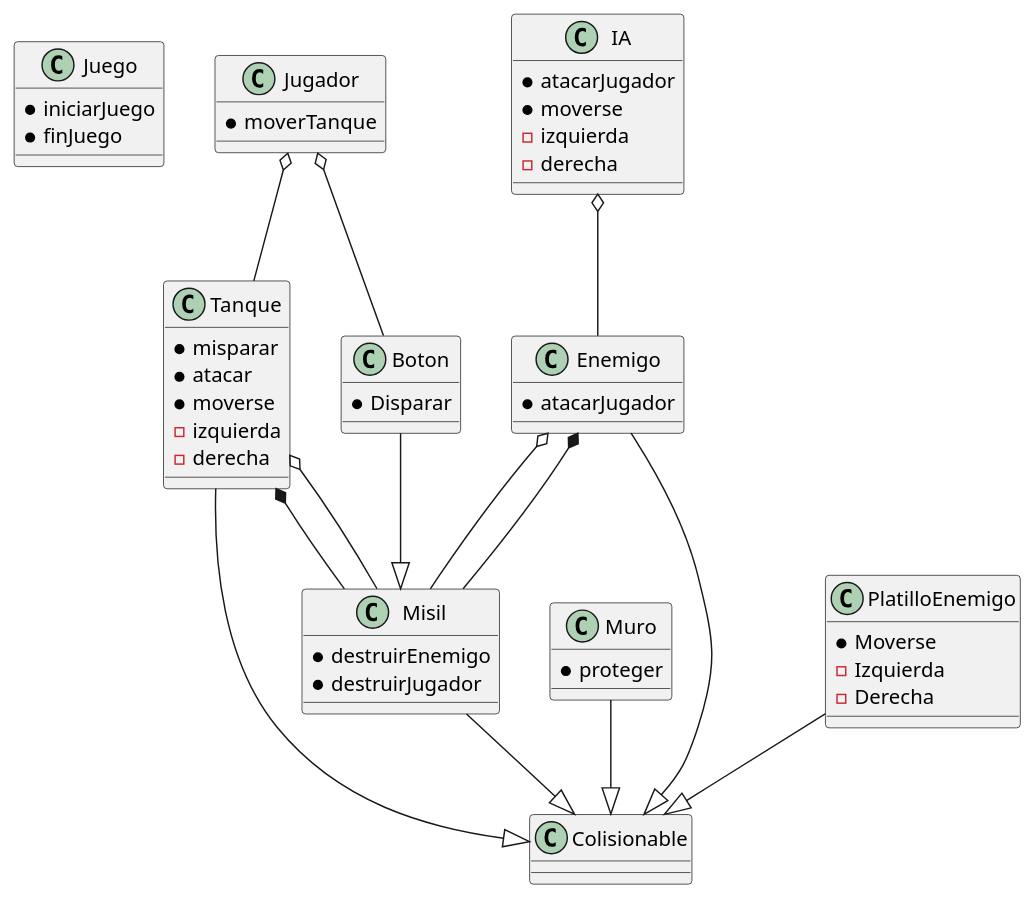
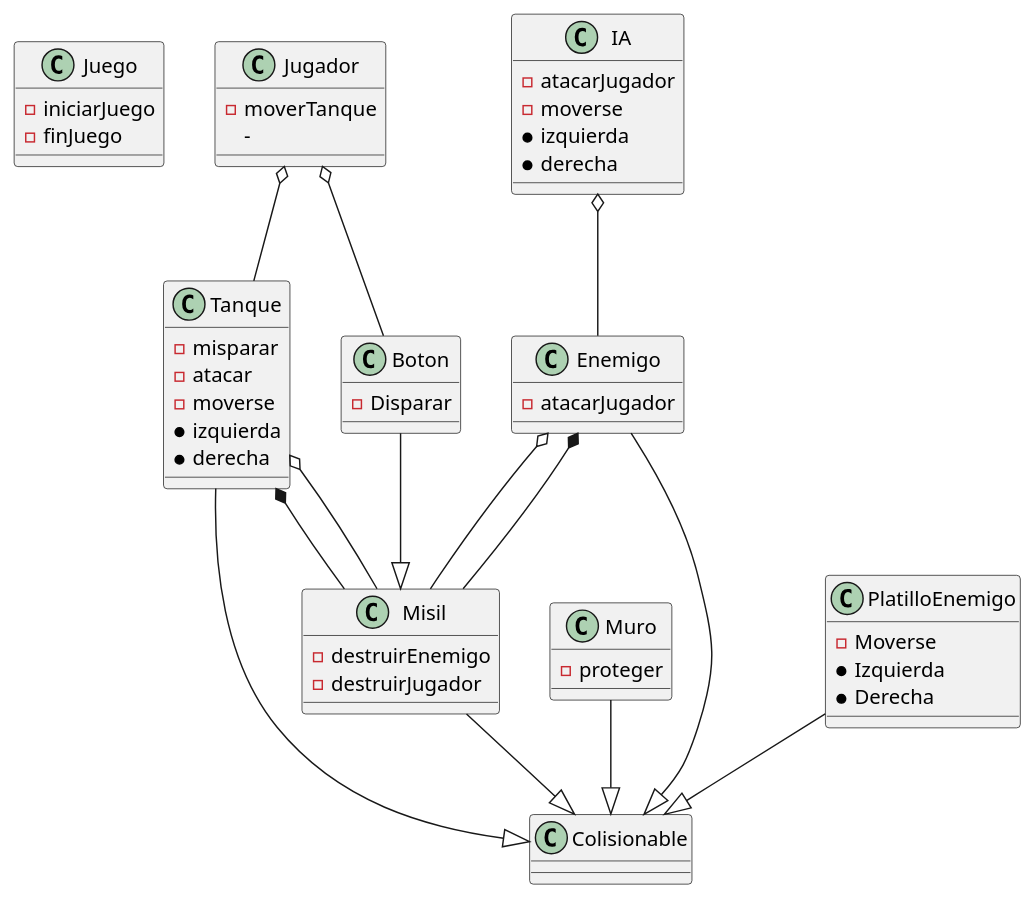
Before and after one commit to EduardoIsaacC/space_invaders: the diagram in docs/Space_Invaders.puml, drawn with PlantUML. The commit also changed 1 other file, not shown here.

```diff
--- a/docs/Space_Invaders.puml
+++ b/docs/Space_Invaders.puml
@@ -1,55 +1,56 @@
 @startuml Space_Invaders
 class Juego{
-*iniciarJuego
-*finJuego
+- iniciarJuego
+- finJuego
 }
 class Jugador{
-* moverTanque
+- moverTanque
+- 
 }
 class IA{
-* atacarJugador
-* moverse
--izquierda
--derecha
+- atacarJugador
+- moverse
+* izquierda
+* derecha
 }
 class Muro{
-*proteger
+- proteger
 }
 class Tanque{
-*misparar
-*atacar
-*moverse
--izquierda
--derecha
+- misparar
+- atacar
+- moverse
+*izquierda
+*derecha
 }
 class Enemigo{
-*atacarJugador
+-atacarJugador
 }
 class Misil{
-*destruirEnemigo
-*destruirJugador
+-destruirEnemigo
+-destruirJugador
 }
 class Colisionable 
 class Boton{
-*Disparar
+-Disparar
 }
 class PlatilloEnemigo{
-*Moverse
--Izquierda
--Derecha
+-Moverse
+*Izquierda
+*Derecha
 }
 
 Jugador o-- Tanque
 Muro --|> Colisionable
 Misil --|> Colisionable
 IA o-- Enemigo
 Enemigo o-- Misil
 Boton --|> Misil
 Tanque *--  Misil
 Jugador o-- Boton
 Enemigo --|> Colisionable
 Tanque --|> Colisionable
 PlatilloEnemigo --|> Colisionable
 Tanque o-- Misil
 Enemigo *--  Misil
 @enduml
```
